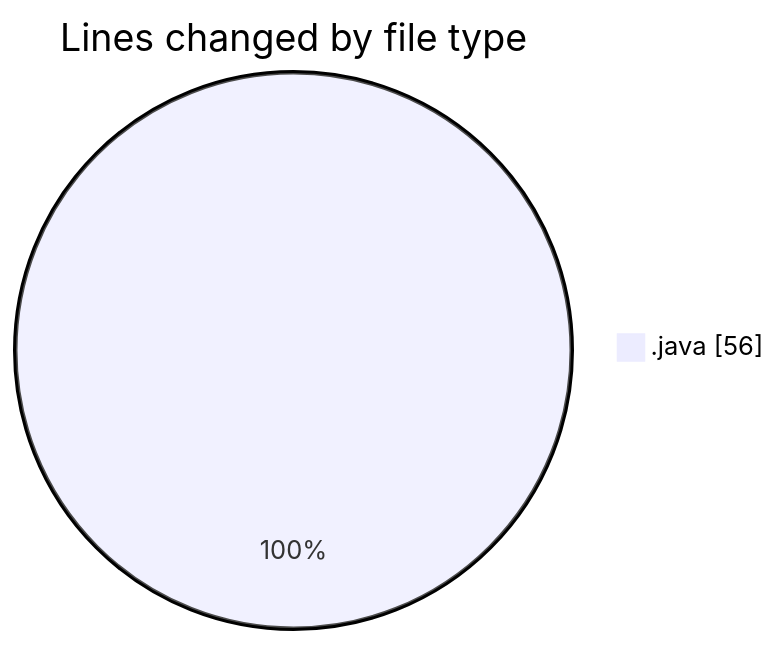
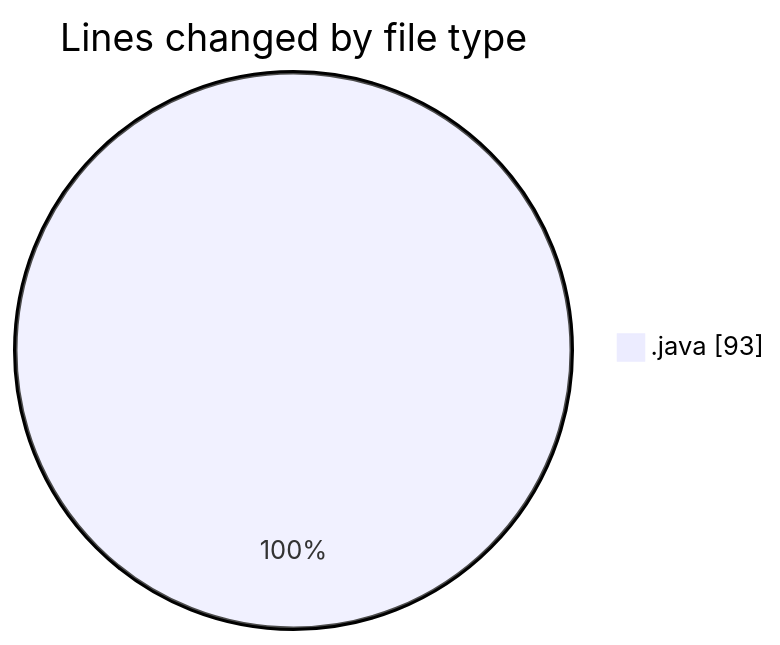
One commit to NitaiMahat/code-tracking changed the first of 2 diagrams in 2025-03-14/startfiles/README.md. Above: the diagram before and after it, drawn with Mermaid. The commit also changed other lines of this file and 1 other file, not shown here.

````diff
--- a/2025-03-14/startfiles/README.md
+++ b/2025-03-14/startfiles/README.md
@@ -20,5 +20,5 @@
 ```mermaid
 pie showData
 title Lines changed by file type
-".java" : 56
+".java" : 93
 ```
````
